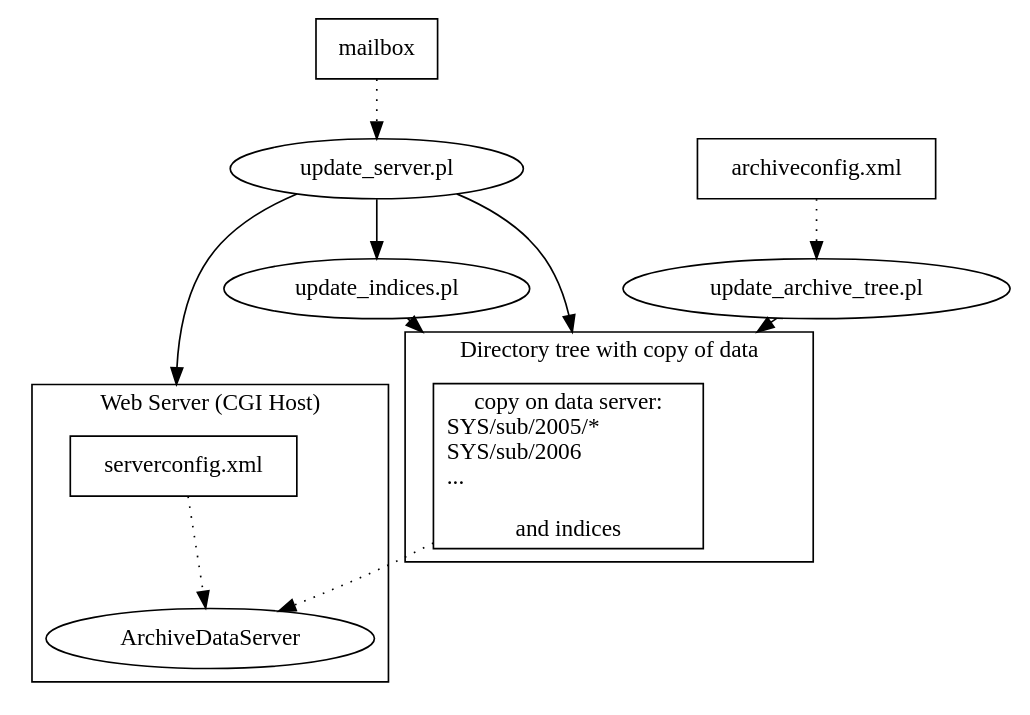
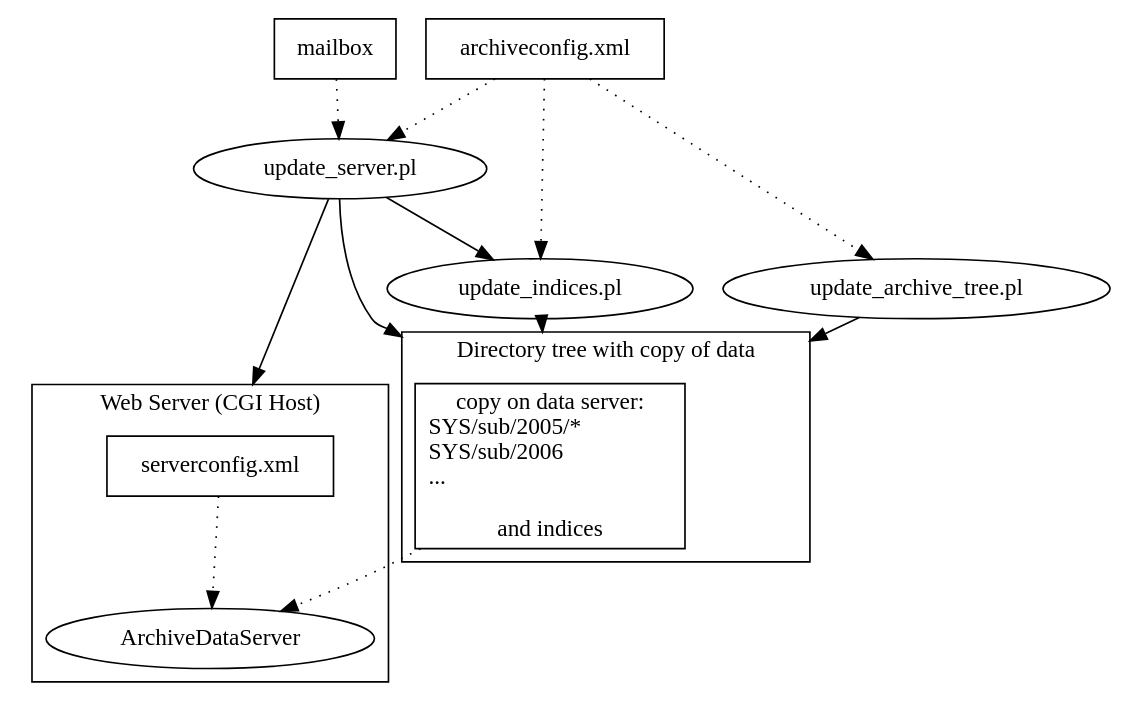
The diagram in manual/archiveconfig_serve.dot (epics-extensions/ChannelArchiver), drawn with Graphviz before and after one commit.

Commit message:
dotfile tweak

```diff
--- a/manual/archiveconfig_serve.dot
+++ b/manual/archiveconfig_serve.dot
@@ -1,40 +1,43 @@
 # Example for dotting & viewing:
 # dot -Tpng -o archiveconfig_serve.png archiveconfig_serve.dot && open archiveconfig_serve.png
 
 digraph ArchiveConfigServe
 {
     compound=true;
     node [ shape=box ]; 
 
     mailbox [ label="mailbox" ];
     archiveconfig [ label="archiveconfig.xml" ]; 
 
     update_archive_tree [ shape=ellipse, label="update_archive_tree.pl" ];
     archiveconfig -> update_archive_tree [ style=dotted ];
 
     subgraph cluster1
     {
         label="Directory tree with copy of data";
         copy [ label="copy on data server:\nSYS/sub/2005/*\lSYS/sub/2006\l...\l\land indices" ];
 
     }
     
     mailbox -> update_server [ style=dotted ];
     update_archive_tree -> copy [ lhead=cluster1 ];
 
     update_server [ shape=ellipse, label="update_server.pl" ]; 
     update_indices [ shape=ellipse, label="update_indices.pl" ]; 
     update_server -> copy [ lhead=cluster1 ];
     update_server -> update_indices;
     update_indices -> copy [ lhead=cluster1 ];
 
+    archiveconfig -> update_server [ style=dotted ];
+    archiveconfig -> update_indices [ style=dotted ];
+
     subgraph cluster2
     {
         label="Web Server (CGI Host)";
         dataserver [ shape=ellipse, label="ArchiveDataServer" ];
         serverconfig [ label="serverconfig.xml" ];
     }
     copy -> dataserver [ style=dotted ];
     update_server -> serverconfig [ lhead=cluster2 ];
     serverconfig -> dataserver [ style=dotted ];
 }
```
